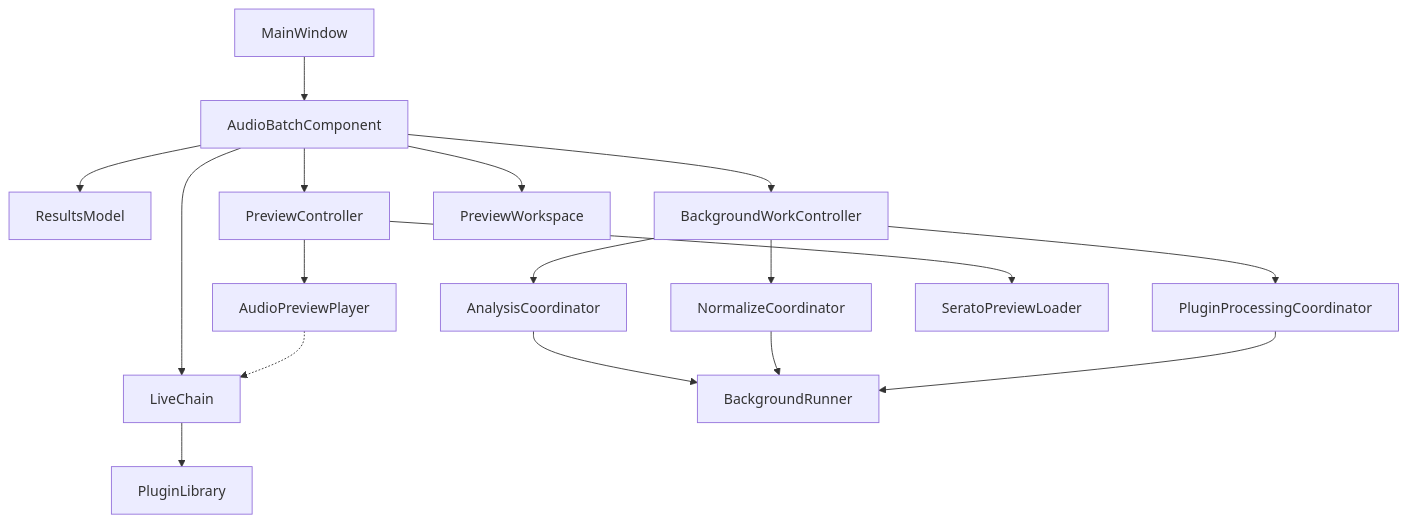
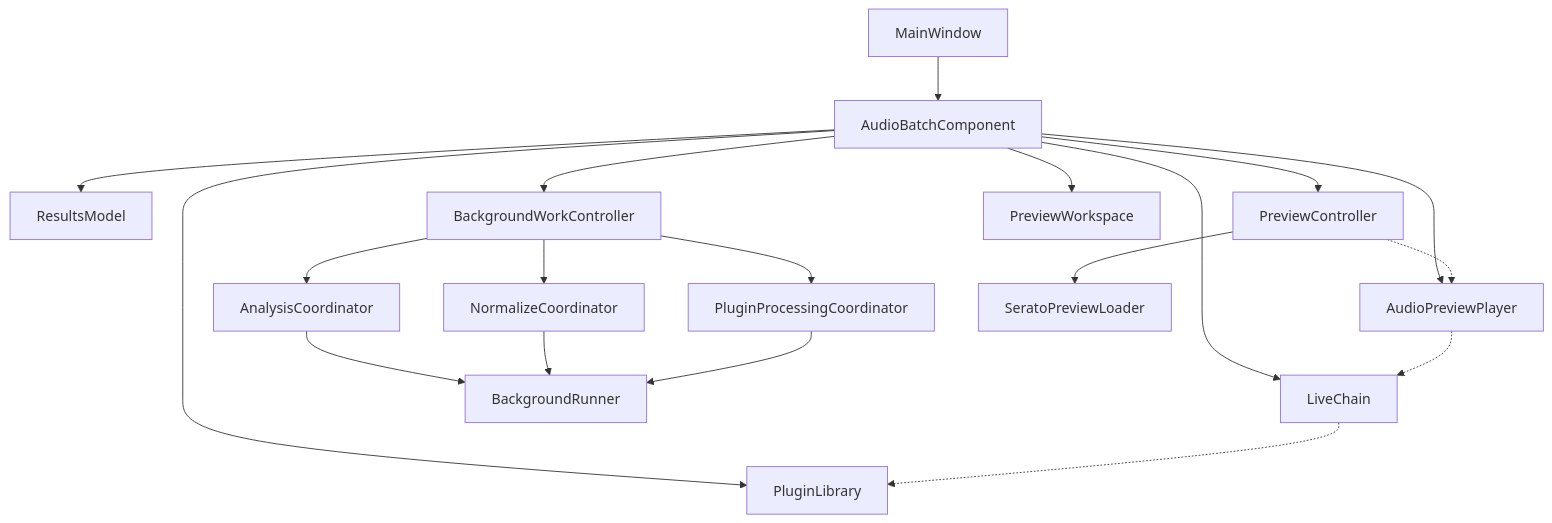
Before and after one commit to Esgrove/AudioBatch: the second of 2 diagrams in cpp/README.md, drawn with Mermaid. The commit also changed other lines of this file and 47 other files, not shown here.

````diff
--- a/cpp/README.md
+++ b/cpp/README.md
@@ -391,19 +399,21 @@
 ```mermaid
 flowchart TD
     MainWindow --> AudioBatchComponent
     AudioBatchComponent --> ResultsModel
     AudioBatchComponent --> PreviewController
     AudioBatchComponent --> BackgroundWorkController
     AudioBatchComponent --> PreviewWorkspace
     AudioBatchComponent --> LiveChain
     BackgroundWorkController --> AnalysisCoordinator
     BackgroundWorkController --> NormalizeCoordinator
     BackgroundWorkController --> PluginProcessingCoordinator
     AnalysisCoordinator --> BackgroundRunner
     NormalizeCoordinator --> BackgroundRunner
     PluginProcessingCoordinator --> BackgroundRunner
-    PreviewController --> AudioPreviewPlayer
+    AudioBatchComponent --> AudioPreviewPlayer
+    PreviewController -.-> AudioPreviewPlayer
     PreviewController --> SeratoPreviewLoader
     AudioPreviewPlayer -.-> LiveChain
-    LiveChain --> PluginLibrary
+    AudioBatchComponent --> PluginLibrary
+    LiveChain -.-> PluginLibrary
 ```
````
